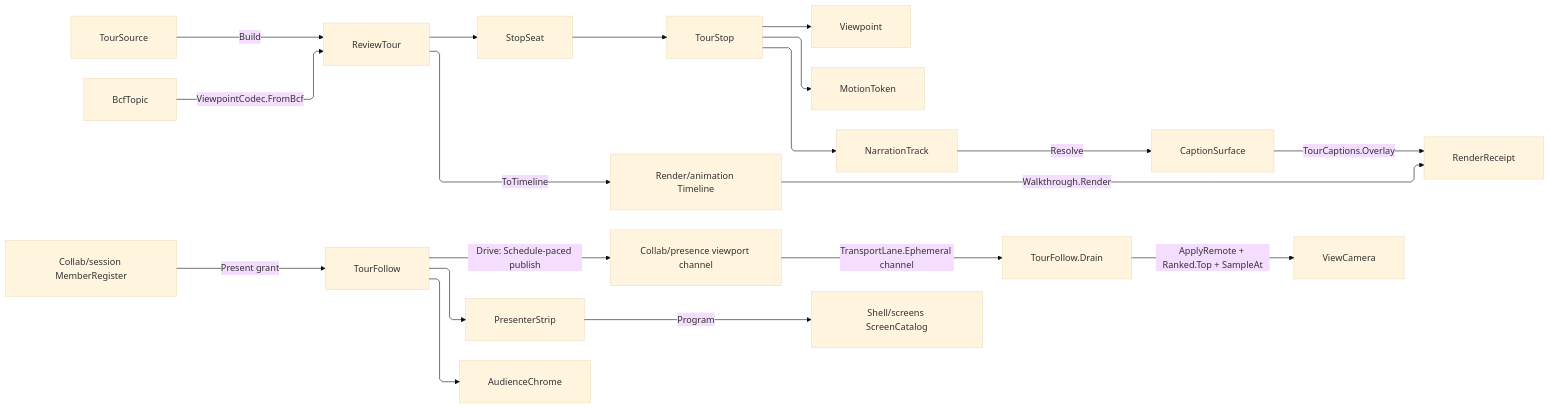
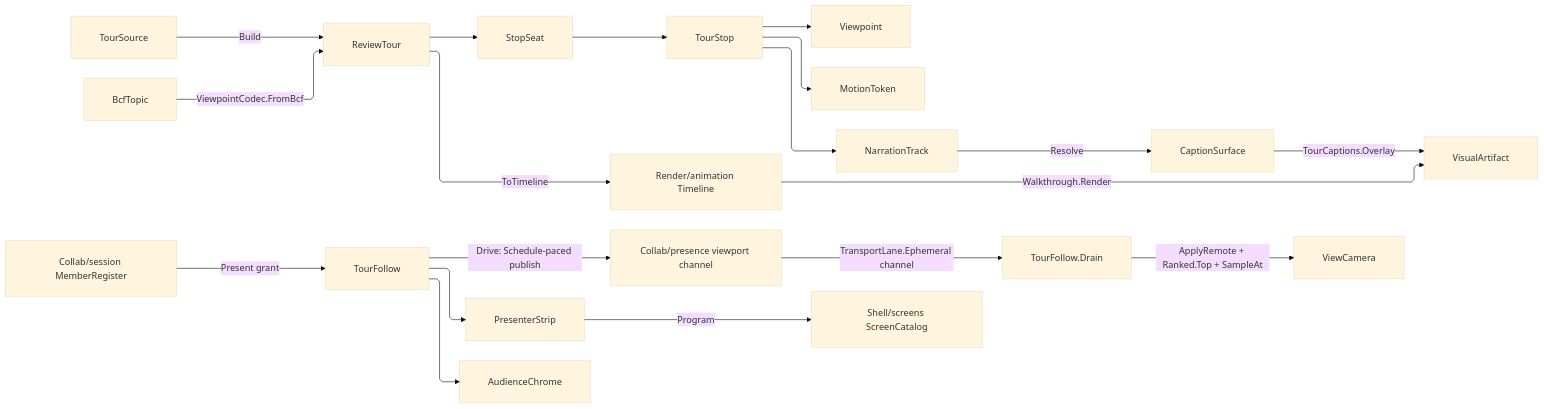
The diagram in libs/dotnet/Rasm.AppUi/.planning/Collab/tour.md (bsamiee/Rasm), drawn with Mermaid (base theme) before and after one commit. The commit also changed other lines of this file and 1417 other files, not shown here.

````diff
--- a/libs/dotnet/Rasm.AppUi/.planning/Collab/tour.md
+++ b/libs/dotnet/Rasm.AppUi/.planning/Collab/tour.md
@@ -442,30 +442,30 @@
 ```mermaid
 ---
 config:
   layout: elk
   flowchart:
     curve: linear
     padding: 25
 ---
 flowchart LR
     accTitle: Review tour composition and presence follow
     accDescr: Tour sources and BCF topics building one non-empty review tour whose seat table carries each stop's ordinal and offset, the tour projecting onto the render timeline for walkthrough capture with a caption overlay, and the follow arm proving its presenter capability against the durable member register before publishing a peer-keyed structured playhead on a schedule, which a follower drains off the bounded ephemeral lane and samples back.
     TourSource -->|Build| ReviewTour
     BcfTopic -->|"ViewpointCodec.FromBcf"| ReviewTour
     ReviewTour --> StopSeat
     StopSeat --> TourStop
     TourStop --> Viewpoint
     TourStop --> MotionToken
     TourStop --> NarrationTrack
     NarrationTrack -->|Resolve| CaptionSurface
     ReviewTour -->|ToTimeline| Timeline["Render/animation Timeline"]
-    Timeline -->|Walkthrough.Render| RenderReceipt
-    CaptionSurface -->|"TourCaptions.Overlay"| RenderReceipt
+    Timeline -->|Walkthrough.Render| VisualArtifact
+    CaptionSurface -->|"TourCaptions.Overlay"| VisualArtifact
     MemberRegister["Collab/session MemberRegister"] -->|Present grant| TourFollow
     TourFollow -->|"Drive: Schedule-paced publish"| Presence["Collab/presence viewport channel"]
     Presence -->|"TransportLane.Ephemeral channel"| Drain["TourFollow.Drain"]
     Drain -->|"ApplyRemote + Ranked.Top + SampleAt"| ViewCamera
     TourFollow --> PresenterStrip
     TourFollow --> AudienceChrome
     PresenterStrip -->|Program| ScreenCatalog["Shell/screens ScreenCatalog"]
 ```
````
